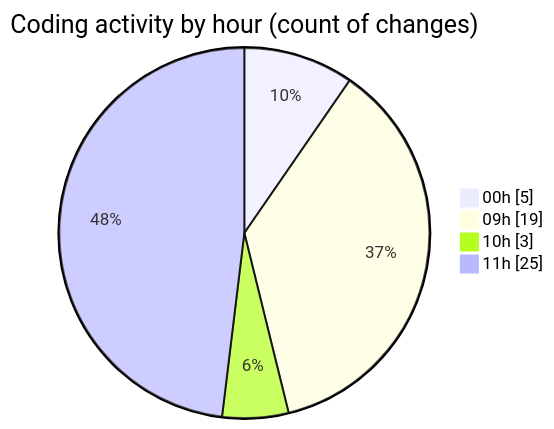
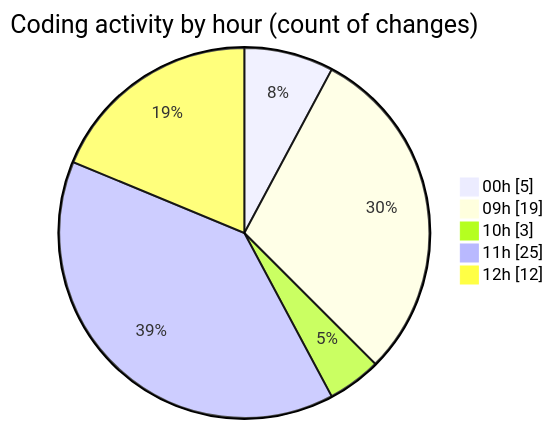
The second of 2 diagrams in 2025-11-19/eventscop-frontend-guide__workspace_/README.md (julien-gomy/code-tracking), drawn with Mermaid before and after one commit. The commit also changed other lines of this file and 1 other file, not shown here.

````diff
--- a/2025-11-19/eventscop-frontend-guide__workspace_/README.md
+++ b/2025-11-19/eventscop-frontend-guide__workspace_/README.md
@@ -49,8 +51,9 @@
 ```mermaid
 pie showData
 title Coding activity by hour (count of changes)
 "00h" : 5
 "09h" : 19
 "10h" : 3
 "11h" : 25
+"12h" : 12
 ```
````
